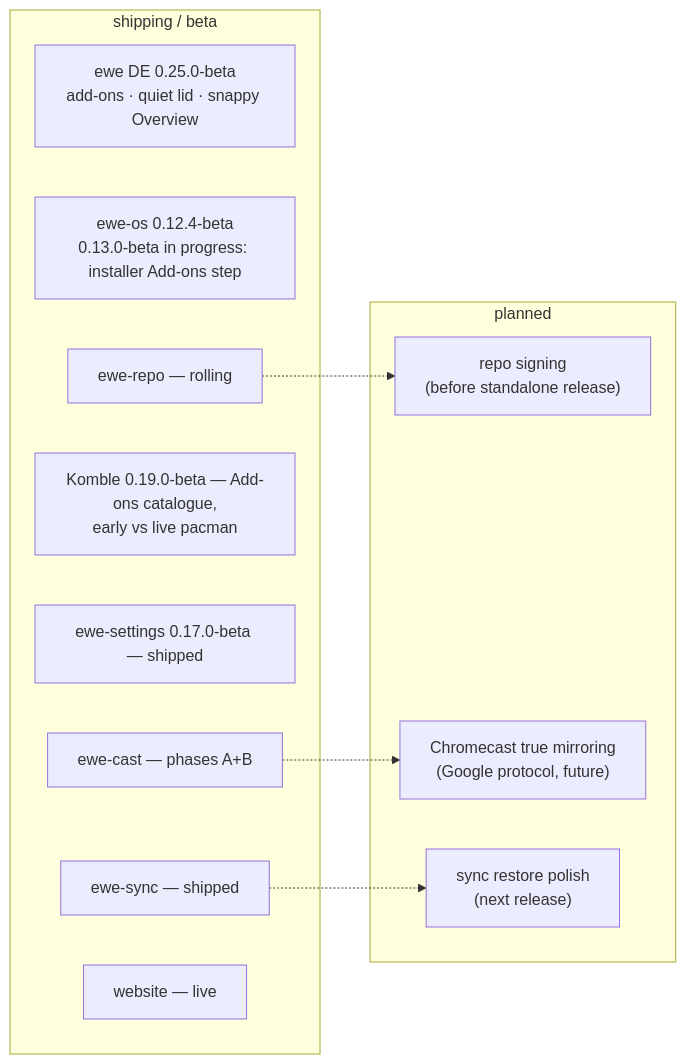
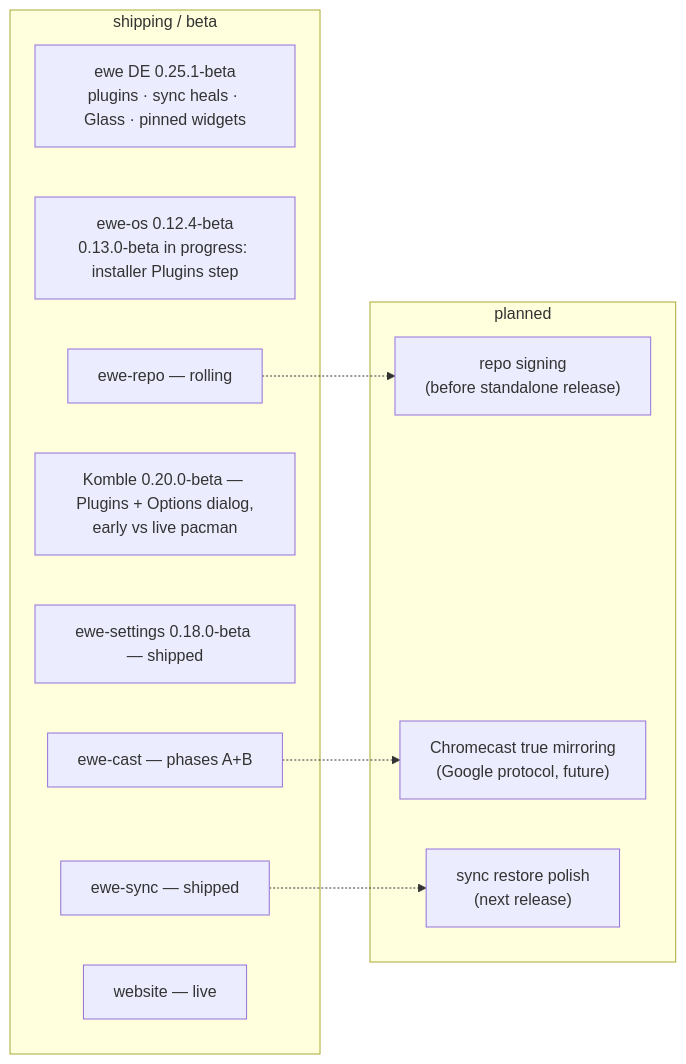
One commit to prj786/ewe-map changed the diagram in 01-Overview/Roadmap and Status.md. Above: the diagram before and after it, drawn with Mermaid. The commit also changed other lines of this file and 61 other files, not shown here.

First line of the commit message:
vault: 0.25.1-beta — D9–D13 (one name, plugin settings with the plugin, movable widgets, sync conflicts about content, Glass), contracts, troubleshooting, versions

````diff
--- a/01-Overview/Roadmap and Status.md
+++ b/01-Overview/Roadmap and Status.md
@@ -51,21 +72,21 @@
 ```mermaid
 flowchart LR
     subgraph shipping["shipping / beta"]
-        EWE["ewe DE 0.25.0-beta<br/>add-ons · quiet lid · snappy Overview"]
-        OS["ewe-os 0.12.4-beta<br/>0.13.0-beta in progress: installer Add-ons step"]
+        EWE["ewe DE 0.25.1-beta<br/>plugins · sync heals · Glass · pinned widgets"]
+        OS["ewe-os 0.12.4-beta<br/>0.13.0-beta in progress: installer Plugins step"]
         REPO["ewe-repo — rolling"]
-        K["Komble 0.19.0-beta — Add-ons catalogue,<br/>early vs live pacman"]
-        S["ewe-settings 0.17.0-beta — shipped"]
+        K["Komble 0.20.0-beta — Plugins + Options dialog,<br/>early vs live pacman"]
+        S["ewe-settings 0.18.0-beta — shipped"]
         SY["ewe-sync — shipped"]
         CAST["ewe-cast — phases A+B"]
         WEB["website — live"]
     end
     subgraph planned["planned"]
         SIGN["repo signing<br/>(before standalone release)"]
         MIRROR["Chromecast true mirroring<br/>(Google protocol, future)"]
         REST["sync restore polish<br/>(next release)"]
     end
     REPO -.-> SIGN
     CAST -.-> MIRROR
     SY -.-> REST
 ```
````
